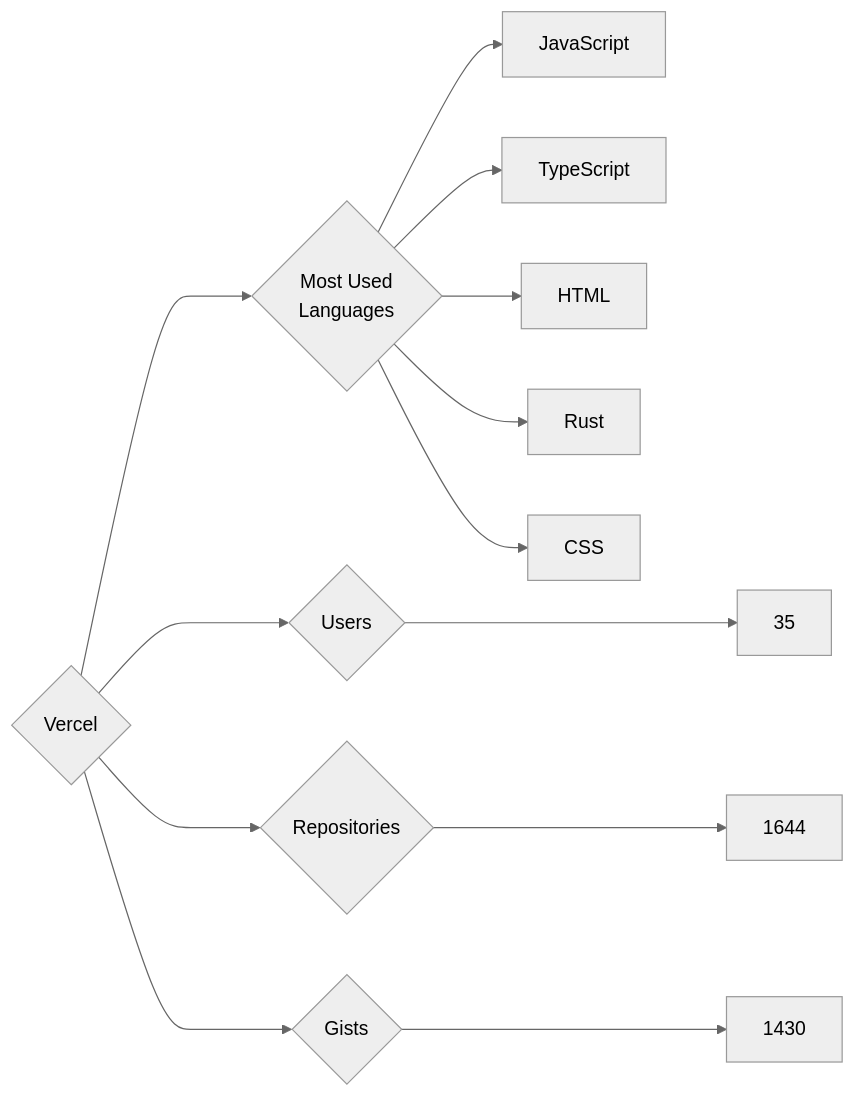
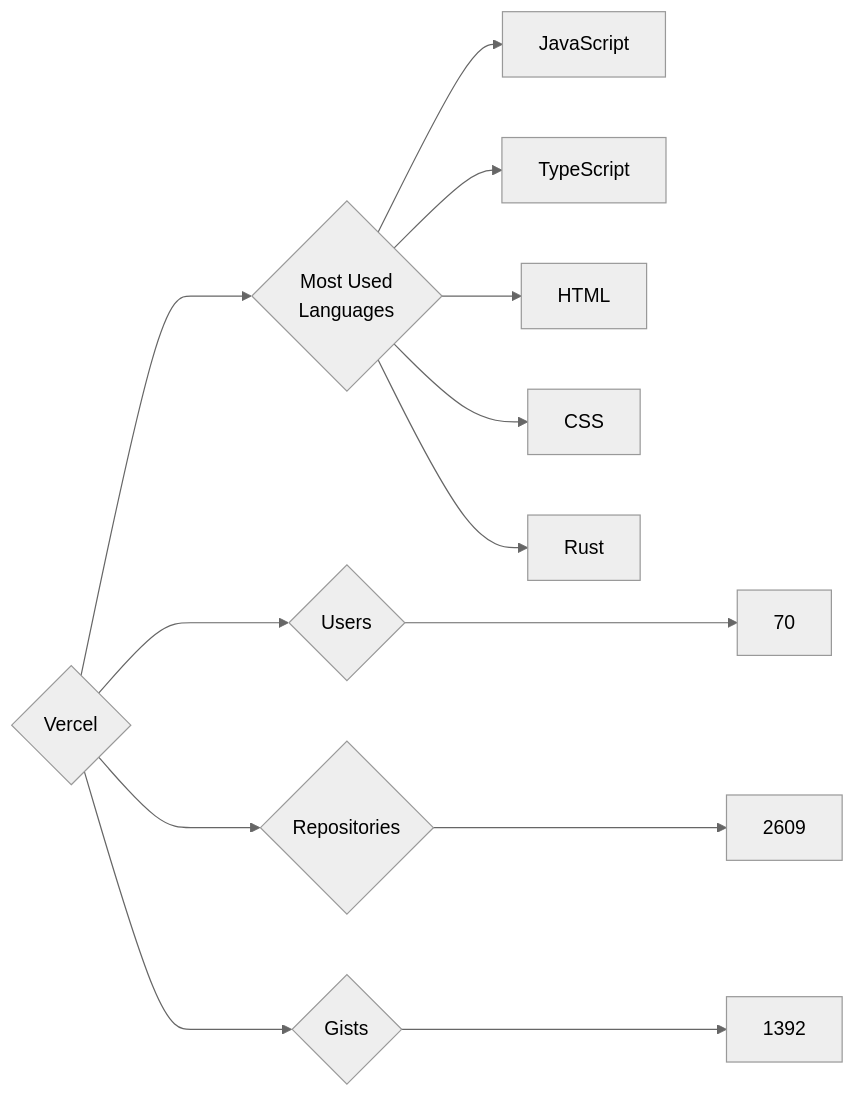
The diagram in targets/Vercel/README.md (trickest/insiders), drawn with Mermaid (neutral theme) before and after one commit. The commit also changed 948 other files, not shown here.

````diff
--- a/targets/Vercel/README.md
+++ b/targets/Vercel/README.md
@@ -3,13 +3,13 @@
 ```mermaid
 graph LR
 COMPANY_NAME{Vercel}
-COMPANY_NAME ---> U{Users} ---> UN[35]
-COMPANY_NAME ---> R{Repositories} ---> RN[1644]
-COMPANY_NAME ---> G{Gists} ---> GN[1430]
+COMPANY_NAME ---> U{Users} ---> UN[70]
+COMPANY_NAME ---> R{Repositories} ---> RN[2609]
+COMPANY_NAME ---> G{Gists} ---> GN[1392]
 COMPANY_NAME ---> ML{Most Used<br>Languages}
 ML --> JavaScript[JavaScript]
 ML --> TypeScript[TypeScript]
 ML --> HTML[HTML]
+ML --> CSS[CSS]
 ML --> Rust[Rust]
-ML --> CSS[CSS]
 ```
````
